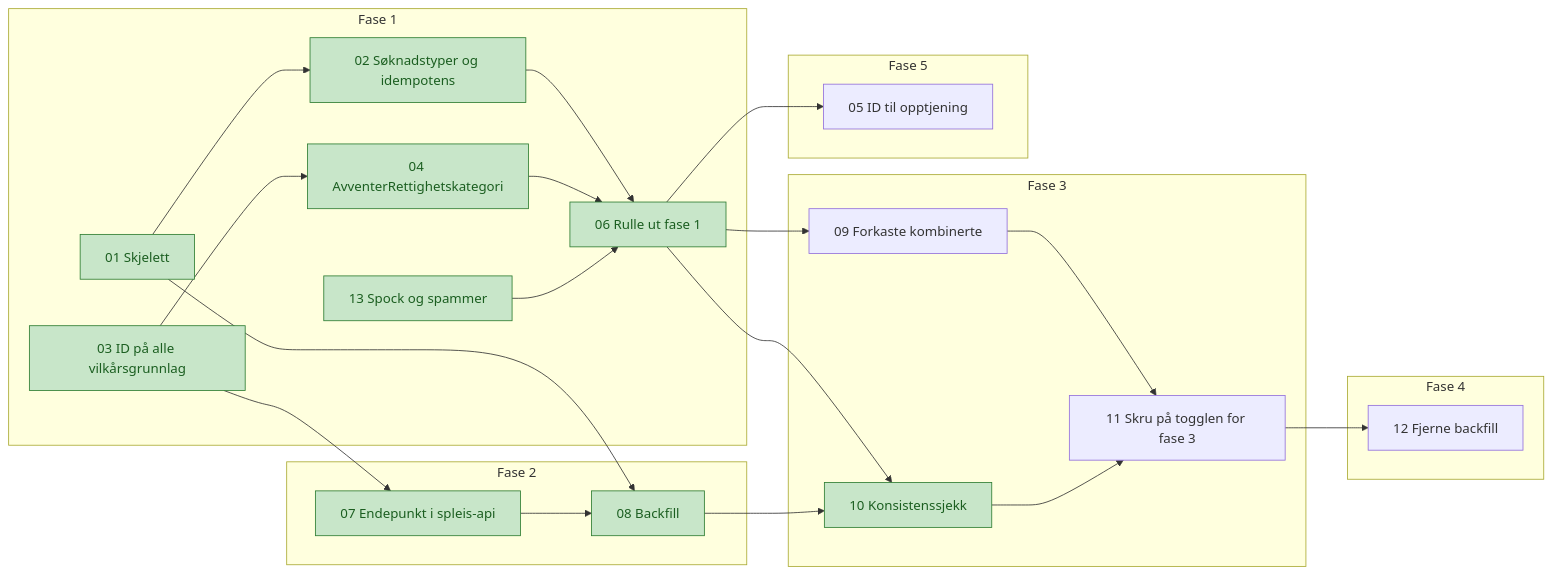
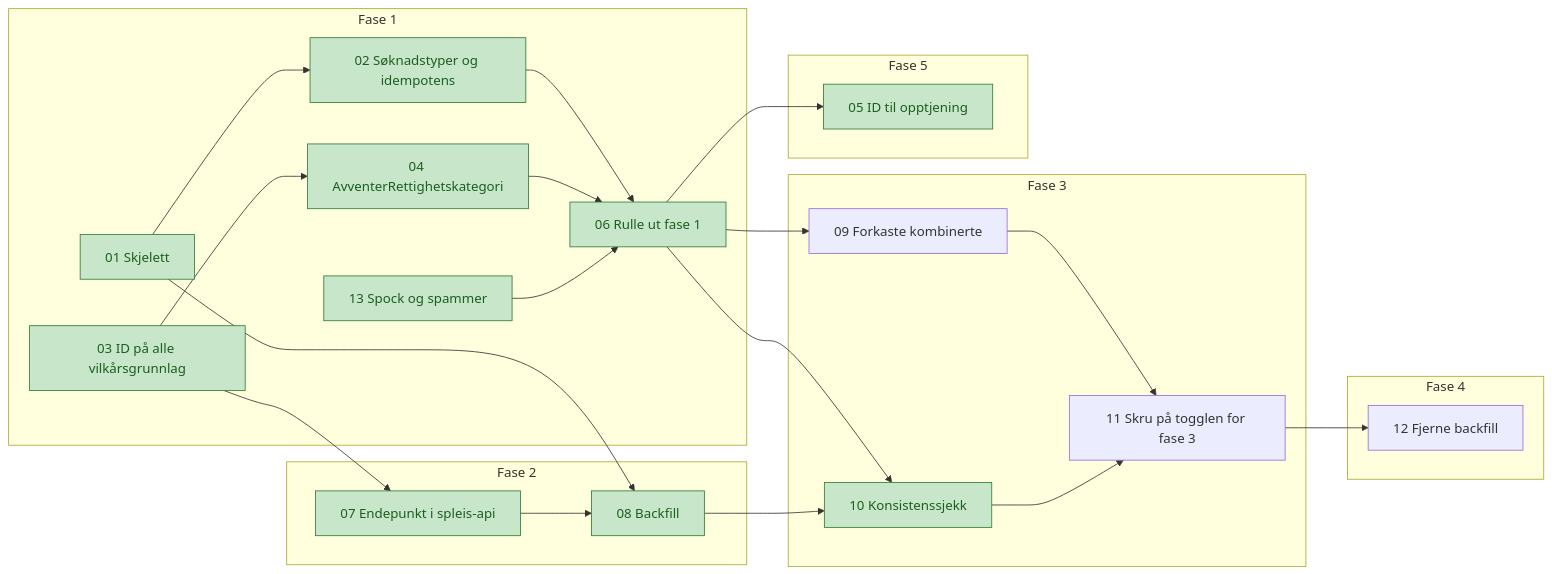
Before and after one commit to navikt/helse-sas-meta: the diagram in docs/tickets/avklare-rettighetskategori/index.md, drawn with Mermaid. The commit also changed other lines of this file and 1 other file, not shown here.

Commit message:
✅ Markerer ticket 05 om rettighetskategori-ID i opptjeningsbehovet som ferdig
Koden er committet i sp-vilkarsproving og Spleis. Kriteriet om at
sp-vilkarsproving deployes før Spleis står åpent til utrullingen er gjort.

````diff
--- a/docs/tickets/avklare-rettighetskategori/index.md
+++ b/docs/tickets/avklare-rettighetskategori/index.md
@@ -21,33 +21,33 @@
 ```mermaid
 flowchart LR
     subgraph F1[Fase 1]
         T01[01 Skjelett] --> T02[02 Søknadstyper og idempotens]
         T03[03 ID på alle vilkårsgrunnlag] --> T04[04 AvventerRettighetskategori]
         T02 --> T06[06 Rulle ut fase 1]
         T04 --> T06
         T13[13 Spock og spammer] --> T06
     end
     subgraph F2[Fase 2]
         T07[07 Endepunkt i spleis-api] --> T08[08 Backfill]
     end
     subgraph F3[Fase 3]
         T09[09 Forkaste kombinerte] --> T11[11 Skru på togglen for fase 3]
         T10[10 Konsistenssjekk] --> T11
     end
     subgraph F4[Fase 4]
         T12[12 Fjerne backfill]
     end
     subgraph F5[Fase 5]
         T05[05 ID til opptjening]
     end
     T06 --> T05
     T03 --> T07
     T01 --> T08
     T06 --> T09
     T06 --> T10
     T08 --> T10
     T11 --> T12
 
     classDef ferdig fill:#c8e6c9,stroke:#2e7d32,color:#1b5e20
-    class T01,T02,T03,T04,T06,T07,T08,T10,T13 ferdig
+    class T01,T02,T03,T04,T05,T06,T07,T08,T10,T13 ferdig
 ```
````
